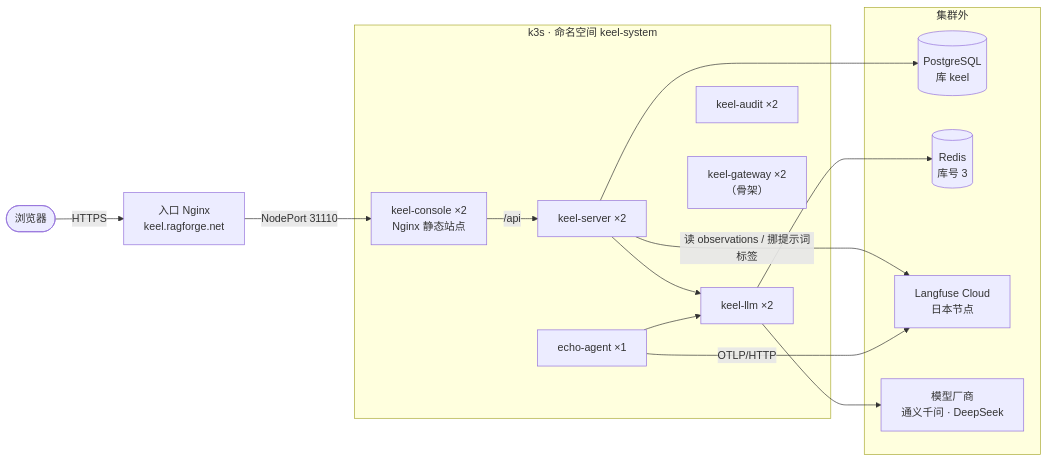
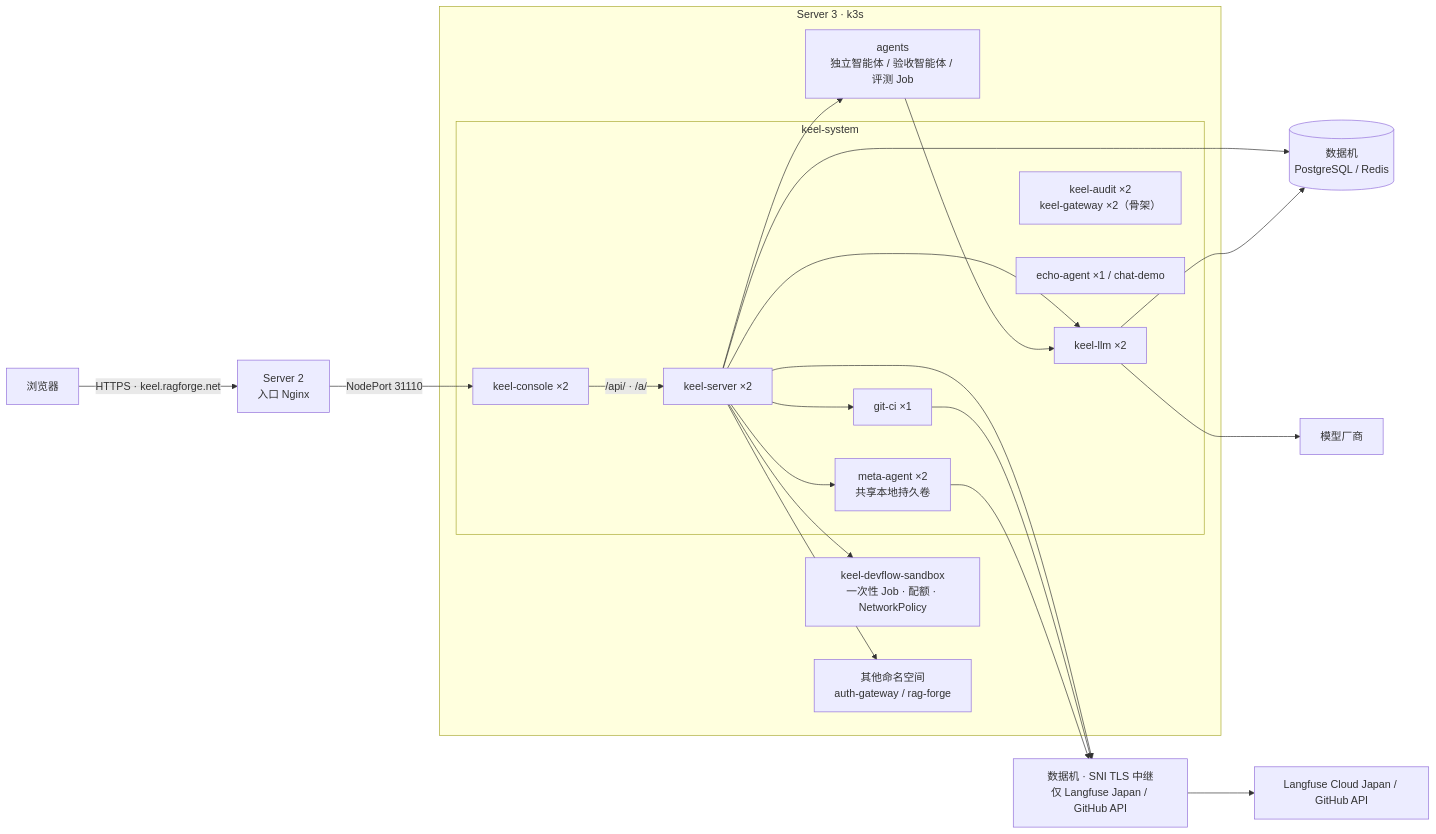
Before and after one commit to dezhiguan/keel: the second of 2 diagrams in README.md, drawn with Mermaid. The commit also changed other lines of this file and 2 other files, not shown here.

````diff
--- a/README.md
+++ b/README.md
@@ -218,30 +194,31 @@
 ```mermaid
 flowchart LR
-    user(["浏览器"]) -- HTTPS --> nginx["入口 Nginx<br/>keel.ragforge.net"]
-    nginx -- NodePort 31110 --> consoleSvc
-
-    subgraph K3S["k3s · 命名空间 keel-system"]
-        consoleSvc["keel-console ×2<br/>Nginx 静态站点"]
-        server["keel-server ×2"]
-        llm["keel-llm ×2"]
-        audit["keel-audit ×2"]
-        gw["keel-gateway ×2<br/>（骨架）"]
-        echo["echo-agent ×1"]
-        consoleSvc -- /api --> server
-        server --> llm
-        echo --> llm
+    user["浏览器"] -- "HTTPS · keel.ragforge.net" --> ingress["Server 2<br/>入口 Nginx"]
+    ingress -- "NodePort 31110" --> console
+    subgraph APP["Server 3 · k3s"]
+        subgraph SYS["keel-system"]
+            console["keel-console ×2"]
+            server["keel-server ×2"]
+            llm["keel-llm ×2"]
+            aux["keel-audit ×2<br/>keel-gateway ×2（骨架）"]
+            git["git-ci ×1"]
+            meta["meta-agent ×2<br/>共享本地持久卷"]
+            echo["echo-agent ×1 / chat-demo"]
+            console -- "/api/ · /a/" --> server
+            server --> llm & git & meta
+        end
+        agents["agents<br/>独立智能体 / 验收智能体 / 评测 Job"]
+        sandbox["keel-devflow-sandbox<br/>一次性 Job · 配额 · NetworkPolicy"]
+        server --> agents & sandbox
+        agents --> llm
+        shared["其他命名空间<br/>auth-gateway / rag-forge"]
+        server --> shared
     end
-
-    subgraph EXT["集群外"]
-        pg[("PostgreSQL<br/>库 keel")]
-        redis[("Redis<br/>库号 3")]
-        lf["Langfuse Cloud<br/>日本节点"]
-        vendors["模型厂商<br/>通义千问 · DeepSeek"]
-    end
-
-    server --> pg
-    server -- 读 observations / 挪提示词标签 --> lf
-    echo -- OTLP/HTTP --> lf
-    llm --> redis
-    llm --> vendors
+    data[("数据机<br/>PostgreSQL / Redis")]
+    relay["数据机 · SNI TLS 中继<br/>仅 Langfuse Japan / GitHub API"]
+    cloud["Langfuse Cloud Japan / GitHub API"]
+    vendor["模型厂商"]
+    server & llm --> data
+    server & git & meta --> relay --> cloud
+    llm --> vendor
 ```
````
